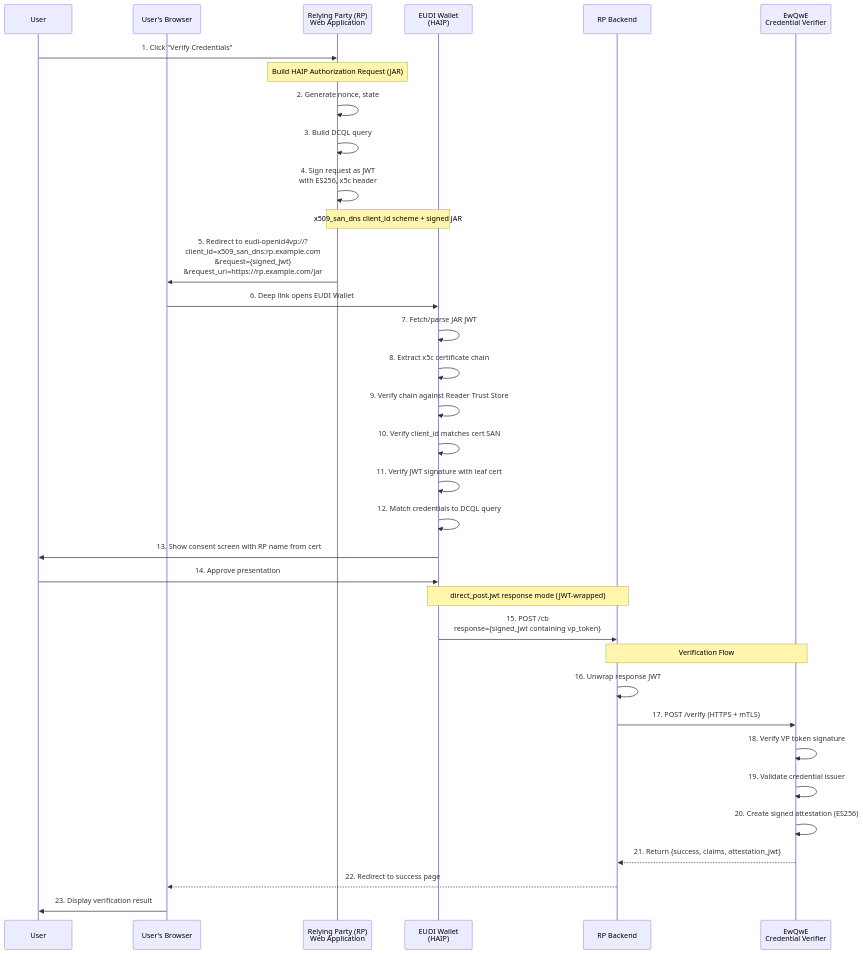
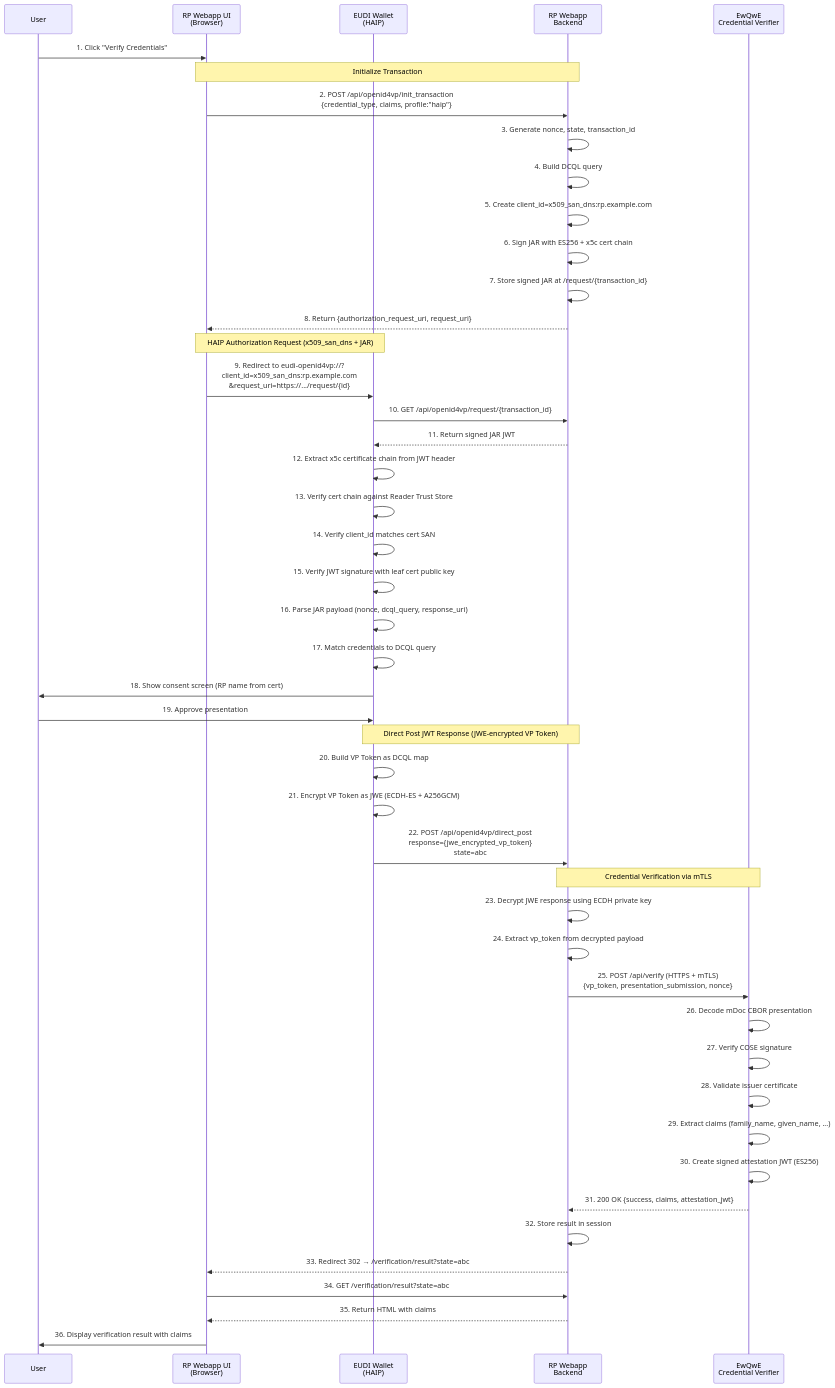
One commit to rd-ewqwe/ewqwe-identity changed the second of 2 diagrams in documentation/src/user-journey.md. Above: the diagram before and after it, drawn with Mermaid. The commit also changed other lines of this file and 3 other files, not shown here.

````diff
--- a/documentation/src/user-journey.md
+++ b/documentation/src/user-journey.md
@@ -105,43 +134,55 @@
 ```mermaid
 sequenceDiagram
     participant User
-    participant Browser as User's Browser
-    participant WebappUI as Relying Party (RP)<br/>Web Application
+    participant Browser as RP Webapp UI<br/>(Browser)
     participant EUDI as EUDI Wallet<br/>(HAIP)
-    participant Backend as RP Backend
+    participant Backend as RP Webapp<br/>Backend
     participant Verifier as EwQwE<br/>Credential Verifier
 
-    User->>WebappUI: 1. Click "Verify Credentials"
+    User->>Browser: 1. Click "Verify Credentials"
     
-    Note over WebappUI: Build HAIP Authorization Request (JAR)
-    WebappUI->>WebappUI: 2. Generate nonce, state
-    WebappUI->>WebappUI: 3. Build DCQL query
-    WebappUI->>WebappUI: 4. Sign request as JWT<br/>with ES256, x5c header
+    Note over Browser,Backend: Initialize Transaction
+    Browser->>Backend: 2. POST /api/openid4vp/init_transaction<br/>{credential_type, claims, profile:"haip"}
+    Backend->>Backend: 3. Generate nonce, state, transaction_id
+    Backend->>Backend: 4. Build DCQL query
+    Backend->>Backend: 5. Create client_id=x509_san_dns:rp.example.com
+    Backend->>Backend: 6. Sign JAR with ES256 + x5c cert chain
+    Backend->>Backend: 7. Store signed JAR at /request/{transaction_id}
+    Backend-->>Browser: 8. Return {authorization_request_uri, request_uri}
     
-    Note over WebappUI,EUDI: x509_san_dns client_id scheme + signed JAR
-    WebappUI->>Browser: 5. Redirect to eudi-openid4vp://?<br/>client_id=x509_san_dns:rp.example.com<br/>&request={signed_jwt}<br/>&request_uri=https://rp.example.com/jar
+    Note over Browser,EUDI: HAIP Authorization Request (x509_san_dns + JAR)
+    Browser->>EUDI: 9. Redirect to eudi-openid4vp://?<br/>client_id=x509_san_dns:rp.example.com<br/>&request_uri=https://.../request/{id}
     
-    Browser->>EUDI: 6. Deep link opens EUDI Wallet
-    EUDI->>EUDI: 7. Fetch/parse JAR JWT
-    EUDI->>EUDI: 8. Extract x5c certificate chain
-    EUDI->>EUDI: 9. Verify chain against Reader Trust Store
-    EUDI->>EUDI: 10. Verify client_id matches cert SAN
-    EUDI->>EUDI: 11. Verify JWT signature with leaf cert
-    EUDI->>EUDI: 12. Match credentials to DCQL query
-    EUDI->>User: 13. Show consent screen with RP name from cert
-    User->>EUDI: 14. Approve presentation
+    EUDI->>Backend: 10. GET /api/openid4vp/request/{transaction_id}
+    Backend-->>EUDI: 11. Return signed JAR JWT
+    EUDI->>EUDI: 12. Extract x5c certificate chain from JWT header
+    EUDI->>EUDI: 13. Verify cert chain against Reader Trust Store
+    EUDI->>EUDI: 14. Verify client_id matches cert SAN
+    EUDI->>EUDI: 15. Verify JWT signature with leaf cert public key
+    EUDI->>EUDI: 16. Parse JAR payload (nonce, dcql_query, response_uri)
+    EUDI->>EUDI: 17. Match credentials to DCQL query
+    EUDI->>User: 18. Show consent screen (RP name from cert)
+    User->>EUDI: 19. Approve presentation
     
-    Note over EUDI,Backend: direct_post.jwt response mode (JWT-wrapped)
-    EUDI->>Backend: 15. POST /cb<br/>response={signed_jwt containing vp_token}
+    Note over EUDI,Backend: Direct Post JWT Response (JWE-encrypted VP Token)
+    EUDI->>EUDI: 20. Build VP Token as DCQL map
+    EUDI->>EUDI: 21. Encrypt VP Token as JWE (ECDH-ES + A256GCM)
+    EUDI->>Backend: 22. POST /api/openid4vp/direct_post<br/>response={jwe_encrypted_vp_token}<br/>state=abc
     
-    Note over Backend,Verifier: Verification Flow
-    Backend->>Backend: 16. Unwrap response JWT
-    Backend->>Verifier: 17. POST /verify (HTTPS + mTLS)
-    Verifier->>Verifier: 18. Verify VP token signature
-    Verifier->>Verifier: 19. Validate credential issuer
-    Verifier->>Verifier: 20. Create signed attestation (ES256)
-    Verifier-->>Backend: 21. Return {success, claims, attestation_jwt}
+    Note over Backend,Verifier: Credential Verification via mTLS
+    Backend->>Backend: 23. Decrypt JWE response using ECDH private key
+    Backend->>Backend: 24. Extract vp_token from decrypted payload
+    Backend->>Verifier: 25. POST /api/verify (HTTPS + mTLS)<br/>{vp_token, presentation_submission, nonce}
+    Verifier->>Verifier: 26. Decode mDoc CBOR presentation
+    Verifier->>Verifier: 27. Verify COSE signature
+    Verifier->>Verifier: 28. Validate issuer certificate
+    Verifier->>Verifier: 29. Extract claims (family_name, given_name, ...)
+    Verifier->>Verifier: 30. Create signed attestation JWT (ES256)
+    Verifier-->>Backend: 31. 200 OK {success, claims, attestation_jwt}
     
-    Backend-->>Browser: 22. Redirect to success page
-    Browser->>User: 23. Display verification result
+    Backend->>Backend: 32. Store result in session
+    Backend-->>Browser: 33. Redirect 302 → /verification/result?state=abc
+    Browser->>Backend: 34. GET /verification/result?state=abc
+    Backend-->>Browser: 35. Return HTML with claims
+    Browser->>User: 36. Display verification result with claims
 ```
````
